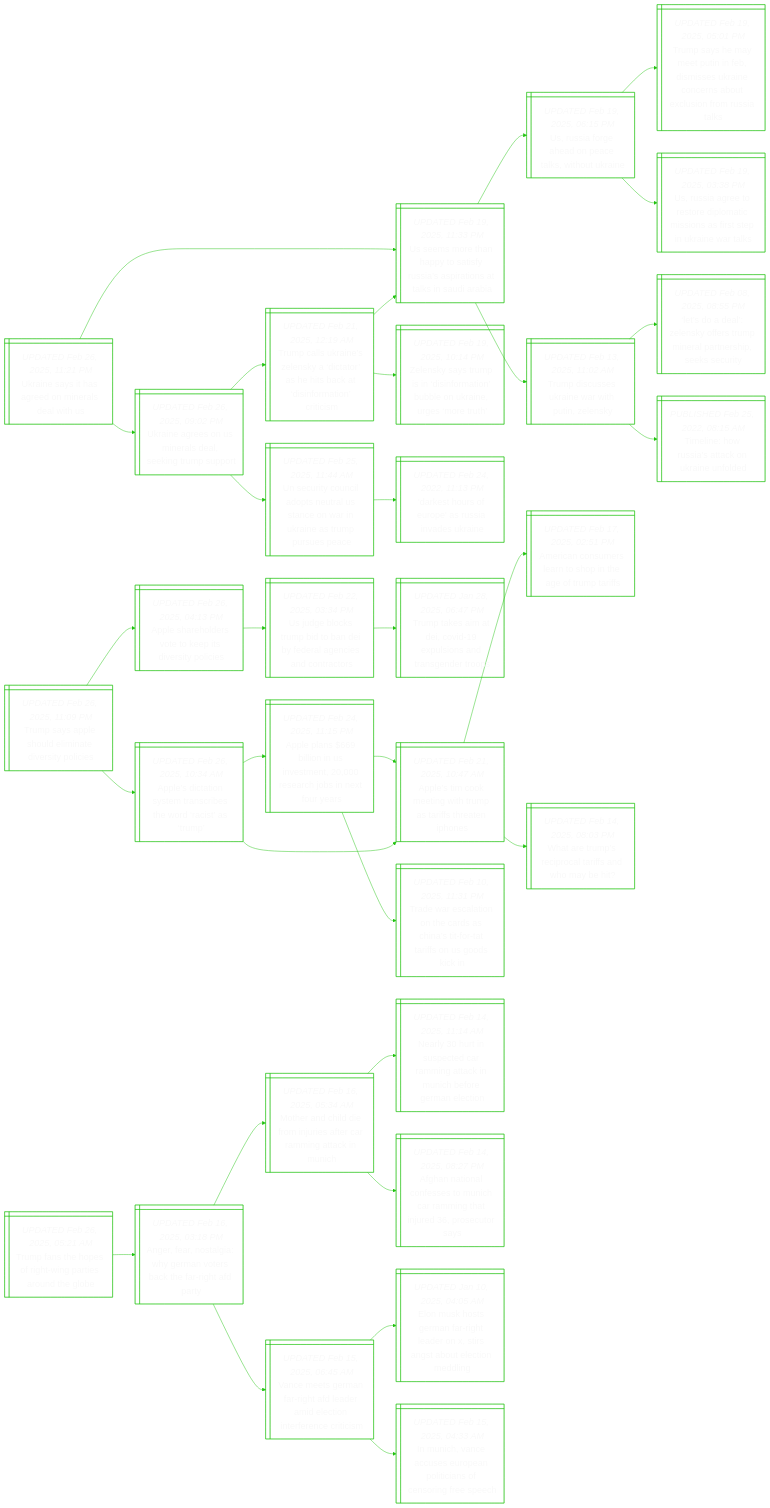
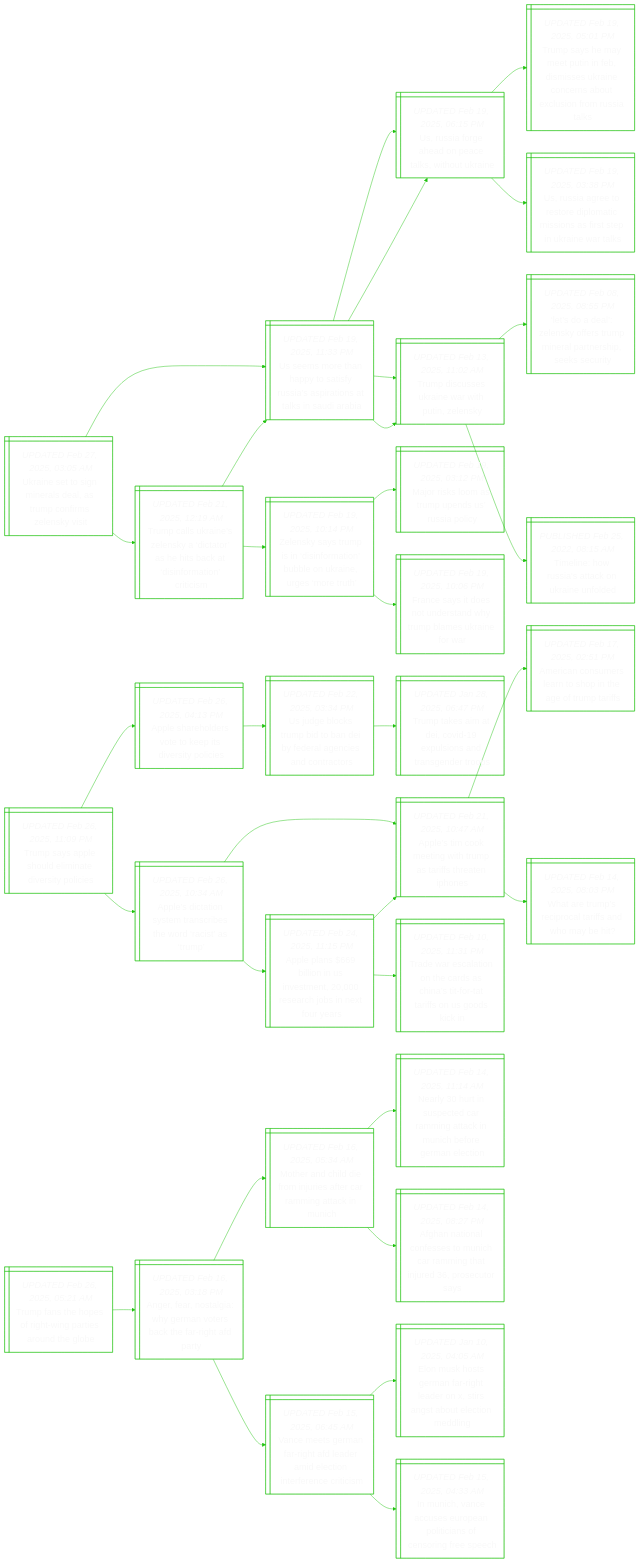
One commit to notJmes/notJmes changed the diagram in README.md. Above: the diagram before and after it, drawn with Mermaid. The commit also changed other lines of this file, not shown here.

```diff
--- a/README.md
+++ b/README.md
@@ -16,8 +16,22 @@
 flowchart LR
 classDef txtsize font-size:20px;
 
-UnsseillU@{ shape: win-pane, label: "_UPDATED Feb 26, 2025, 11:21 PM_
-Ukraine says it has agreed on minerals deal with us" }
+UntnreTcrlyt@{ shape: win-pane, label: "_UPDATED Feb 27, 2025, 03:05 AM_
+Ukraine set to sign minerals deal, as trump confirms zelensky visit" }
+TcUnlytaicioiis@{ shape: win-pane, label: "_UPDATED Feb 21, 2025, 12:19 AM_
+Trump calls ukraine’s zelensky a ‘dictator’ as he hits back at ‘disinformation’ criticism" }
+Umehtiusrnanii@{ shape: win-pane, label: "_UPDATED Feb 19, 2025, 11:33 PM_
+Us seems more than happy to satisfy russia’s aspirations at talks in saudi arabia" }
+Usreptwua@{ shape: win-pane, label: "_UPDATED Feb 19, 2025, 06:15 PM_
+Us, russia forge ahead on peace talks, without ukraine" }
+Tdskeitly@{ shape: win-pane, label: "_UPDATED Feb 13, 2025, 11:02 AM_
+Trump discusses ukraine war with putin, zelensky" }
+Zsymnnaberumr@{ shape: win-pane, label: "_UPDATED Feb 19, 2025, 10:14 PM_
+Zelensky says trump is in ‘disinformation’ bubble on ukraine, urges ‘more truth’" }
+Mrlspdupy@{ shape: win-pane, label: "_UPDATED Feb 19, 2025, 03:12 PM_
+Major risks loom as trump upends us’ russia policy" }
+Feisnthmmrfr@{ shape: win-pane, label: "_UPDATED Feb 19, 2025, 10:06 PM_
+France says it does not understand why trump blames ukraine for war" }
 Umehtiusrnanii@{ shape: win-pane, label: "_UPDATED Feb 19, 2025, 11:33 PM_
 Us seems more than happy to satisfy russia’s aspirations at talks in saudi arabia" }
 Usreptwua@{ shape: win-pane, label: "_UPDATED Feb 19, 2025, 06:15 PM_
@@ -32,32 +46,21 @@
 ‘let’s do a deal’: zelensky offers trump mineral partnership, seeks security" }
 Tiwitnifd@{ shape: win-pane, label: "_PUBLISHED Feb 25, 2022, 08:15 AM_
 Timeline: how russia's attack on ukraine unfolded" }
-UneUedegpo@{ shape: win-pane, label: "_UPDATED Feb 26, 2025, 09:02 PM_
-Ukraine agrees on us minerals deal, seeking trump support" }
-TcUnlytaicioiis@{ shape: win-pane, label: "_UPDATED Feb 21, 2025, 12:19 AM_
-Trump calls ukraine’s zelensky a ‘dictator’ as he hits back at ‘disinformation’ criticism" }
-Umehtiusrnanii@{ shape: win-pane, label: "_UPDATED Feb 19, 2025, 11:33 PM_
-Us seems more than happy to satisfy russia’s aspirations at talks in saudi arabia" }
-Zsymnnaberumr@{ shape: win-pane, label: "_UPDATED Feb 19, 2025, 10:14 PM_
-Zelensky says trump is in ‘disinformation’ bubble on ukraine, urges ‘more truth’" }
-UuCipuUnwUnruse@{ shape: win-pane, label: "_UPDATED Feb 25, 2025, 11:44 AM_
-Un security council adopts neutral us stance on war in ukraine as trump pursues peace" }
-DsruasvUn@{ shape: win-pane, label: "_UPDATED Feb 24, 2022, 11:13 PM_
-'darkest hours of europe' as russia invades ukraine" }
 
-UnsseillU:::txtsize --> Umehtiusrnanii:::txtsize
+UntnreTcrlyt:::txtsize --> TcUnlytaicioiis:::txtsize
+TcUnlytaicioiis:::txtsize --> Umehtiusrnanii:::txtsize
+Umehtiusrnanii:::txtsize --> Usreptwua:::txtsize
+Umehtiusrnanii:::txtsize --> Tdskeitly:::txtsize
+TcUnlytaicioiis:::txtsize --> Zsymnnaberumr:::txtsize
+Zsymnnaberumr:::txtsize --> Mrlspdupy:::txtsize
+Zsymnnaberumr:::txtsize --> Feisnthmmrfr:::txtsize
+UntnreTcrlyt:::txtsize --> Umehtiusrnanii:::txtsize
 Umehtiusrnanii:::txtsize --> Usreptwua:::txtsize
 Usreptwua:::txtsize --> TseetFseaonulnRas:::txtsize
 Usreptwua:::txtsize --> Usrrrlisasprwl:::txtsize
 Umehtiusrnanii:::txtsize --> Tdskeitly:::txtsize
 Tdskeitly:::txtsize --> LolnfTmathecy:::txtsize
 Tdskeitly:::txtsize --> Tiwitnifd:::txtsize
-UnsseillU:::txtsize --> UneUedegpo:::txtsize
-UneUedegpo:::txtsize --> TcUnlytaicioiis:::txtsize
-TcUnlytaicioiis:::txtsize --> Umehtiusrnanii:::txtsize
-TcUnlytaicioiis:::txtsize --> Zsymnnaberumr:::txtsize
-UneUedegpo:::txtsize --> UuCipuUnwUnruse:::txtsize
-UuCipuUnwUnruse:::txtsize --> DsruasvUn:::txtsize
 
 Tspheniils@{ shape: win-pane, label: "_UPDATED Feb 26, 2025, 11:09 PM_
 Trump says apple should eliminate diversity policies" }
```
